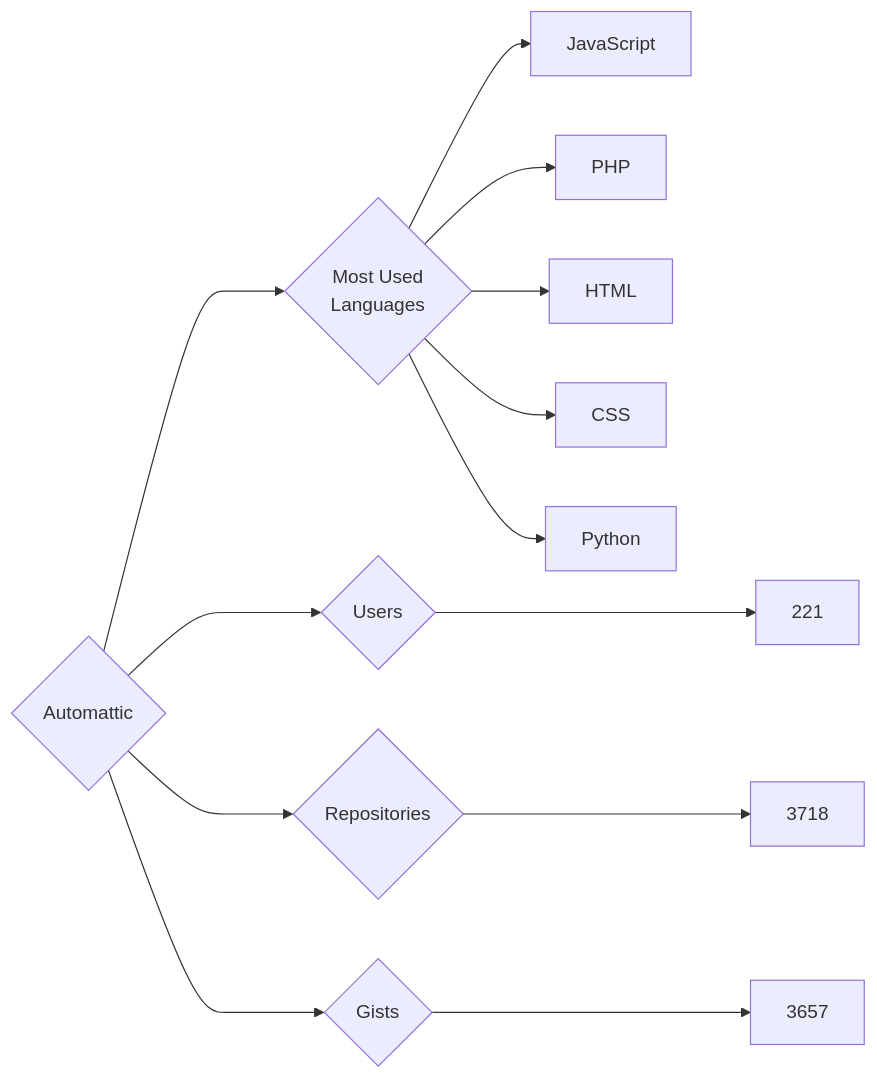
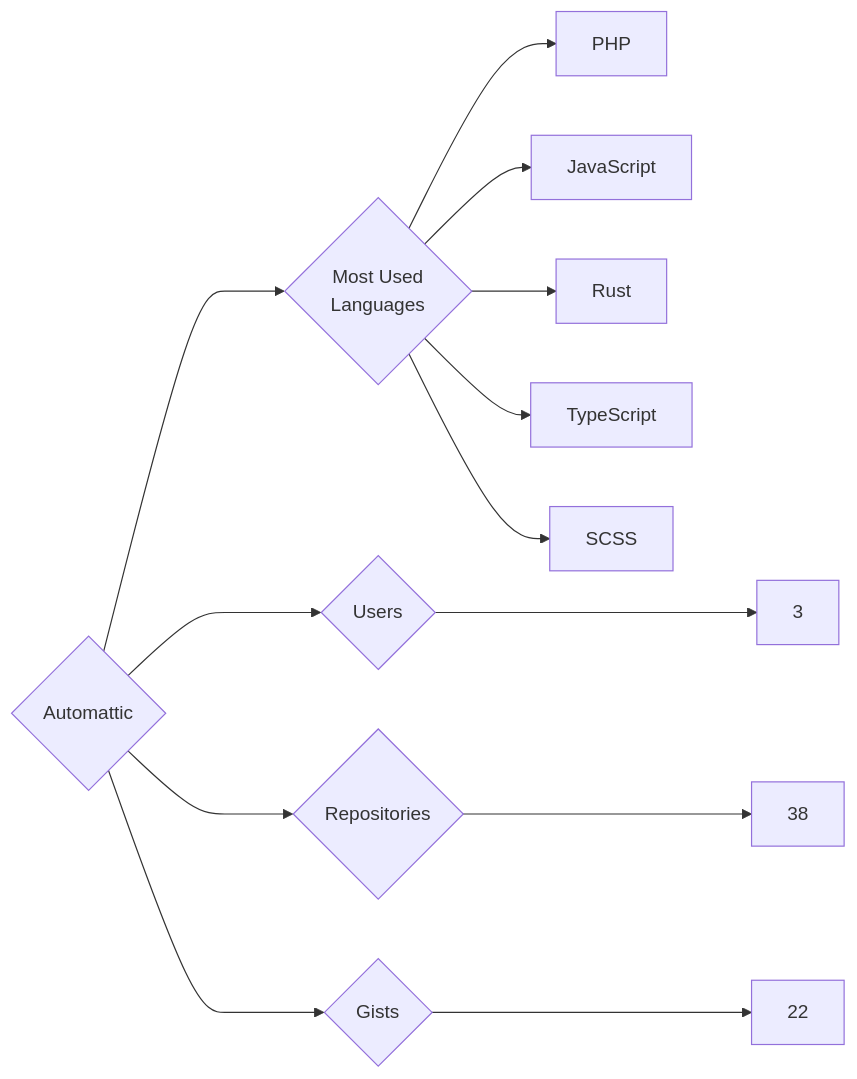
One commit to trickest/insiders changed the diagram in targets/Automattic/README.md. Above: the diagram before and after it, drawn with Mermaid. The commit also changed 872 other files, not shown here.

````diff
--- a/targets/Automattic/README.md
+++ b/targets/Automattic/README.md
@@ -3,13 +3,13 @@
 ```mermaid
 graph LR
 COMPANY_NAME{Automattic}
-COMPANY_NAME ---> U{Users} ---> UN[221]
-COMPANY_NAME ---> R{Repositories} ---> RN[3718]
-COMPANY_NAME ---> G{Gists} ---> GN[3657]
+COMPANY_NAME ---> U{Users} ---> UN[3]
+COMPANY_NAME ---> R{Repositories} ---> RN[38]
+COMPANY_NAME ---> G{Gists} ---> GN[22]
 COMPANY_NAME ---> ML{Most Used<br>Languages}
+ML --> PHP[PHP]
 ML --> JavaScript[JavaScript]
-ML --> PHP[PHP]
-ML --> HTML[HTML]
-ML --> CSS[CSS]
-ML --> Python[Python]
+ML --> Rust[Rust]
+ML --> TypeScript[TypeScript]
+ML --> SCSS[SCSS]
 ```
````
